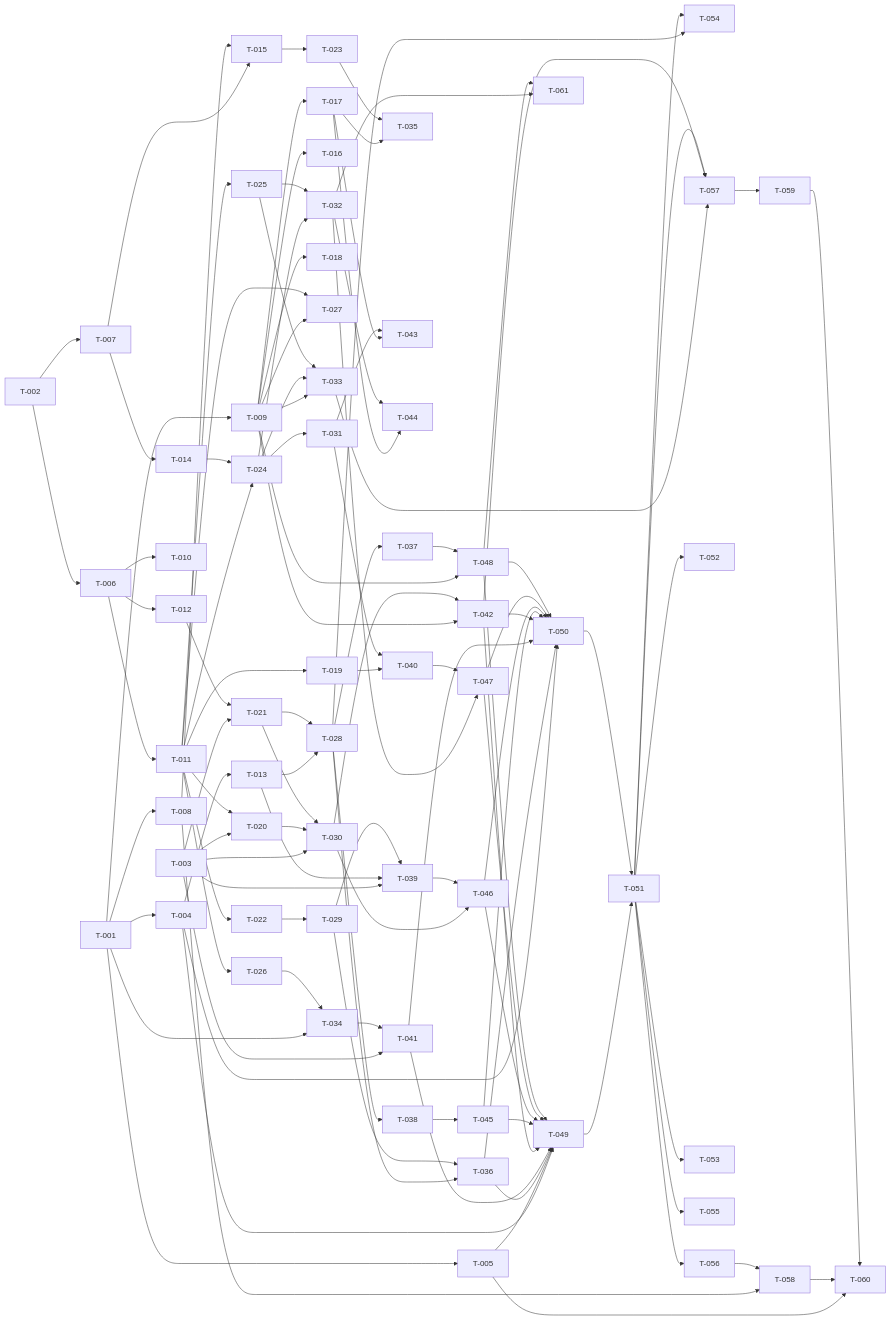
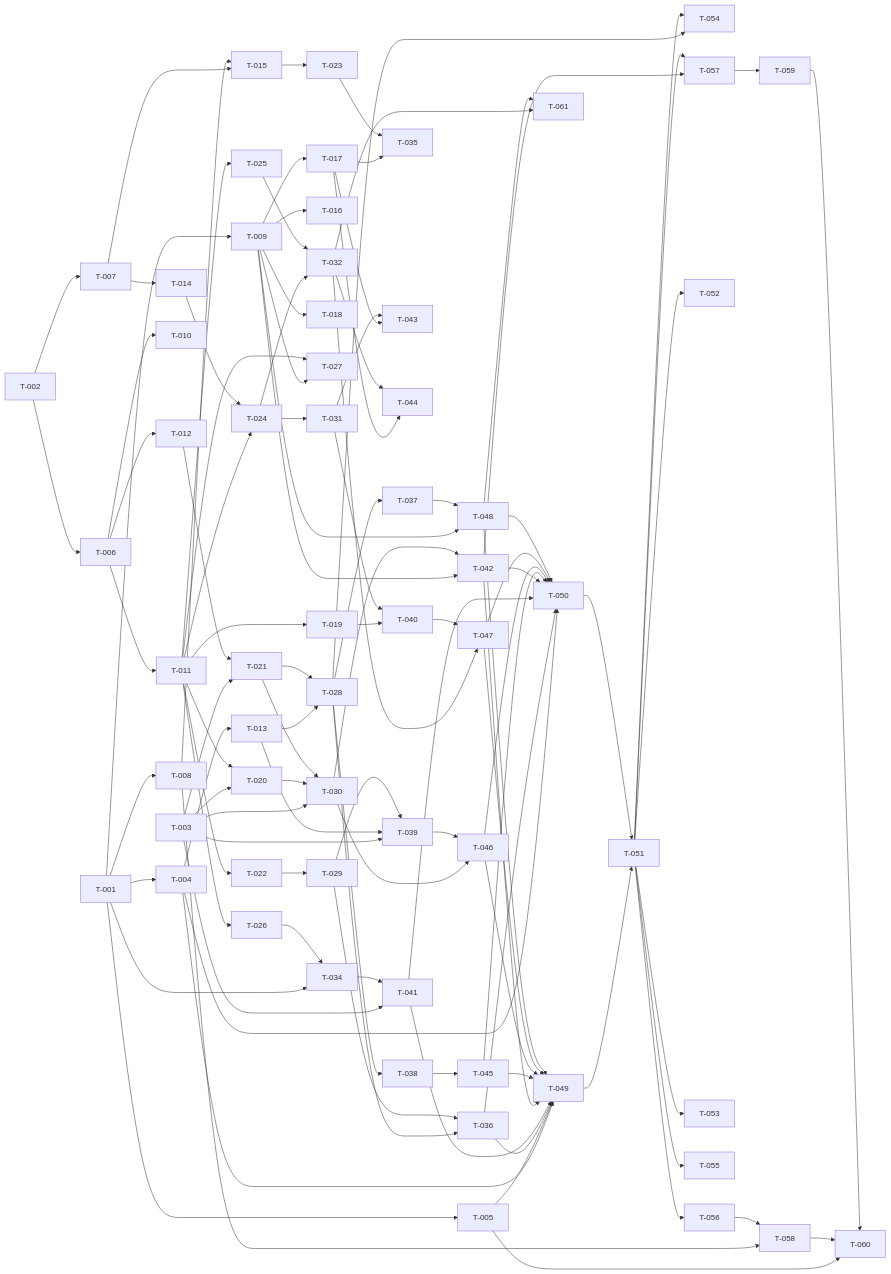
The diagram in context/plans/build-site.md (alecszaharia/omarchy-rain-radar), drawn with Mermaid before and after one commit. The commit also changed other lines of this file and 9 other files, not shown here.

```diff
--- a/context/plans/build-site.md
+++ b/context/plans/build-site.md
@@ -362,7 +360,6 @@
     T-009 --> T-017
     T-009 --> T-018
     T-009 --> T-027
-    T-009 --> T-033
     T-009 --> T-042
     T-009 --> T-048
     T-011 --> T-019
@@ -388,9 +385,7 @@
     T-023 --> T-035
     T-024 --> T-031
     T-024 --> T-032
-    T-024 --> T-033
     T-025 --> T-032
-    T-025 --> T-033
     T-026 --> T-034
     T-028 --> T-036
     T-028 --> T-037
@@ -404,7 +399,6 @@
     T-031 --> T-043
     T-032 --> T-044
     T-032 --> T-047
-    T-033 --> T-057
     T-034 --> T-041
     T-036 --> T-049
     T-036 --> T-050
```
